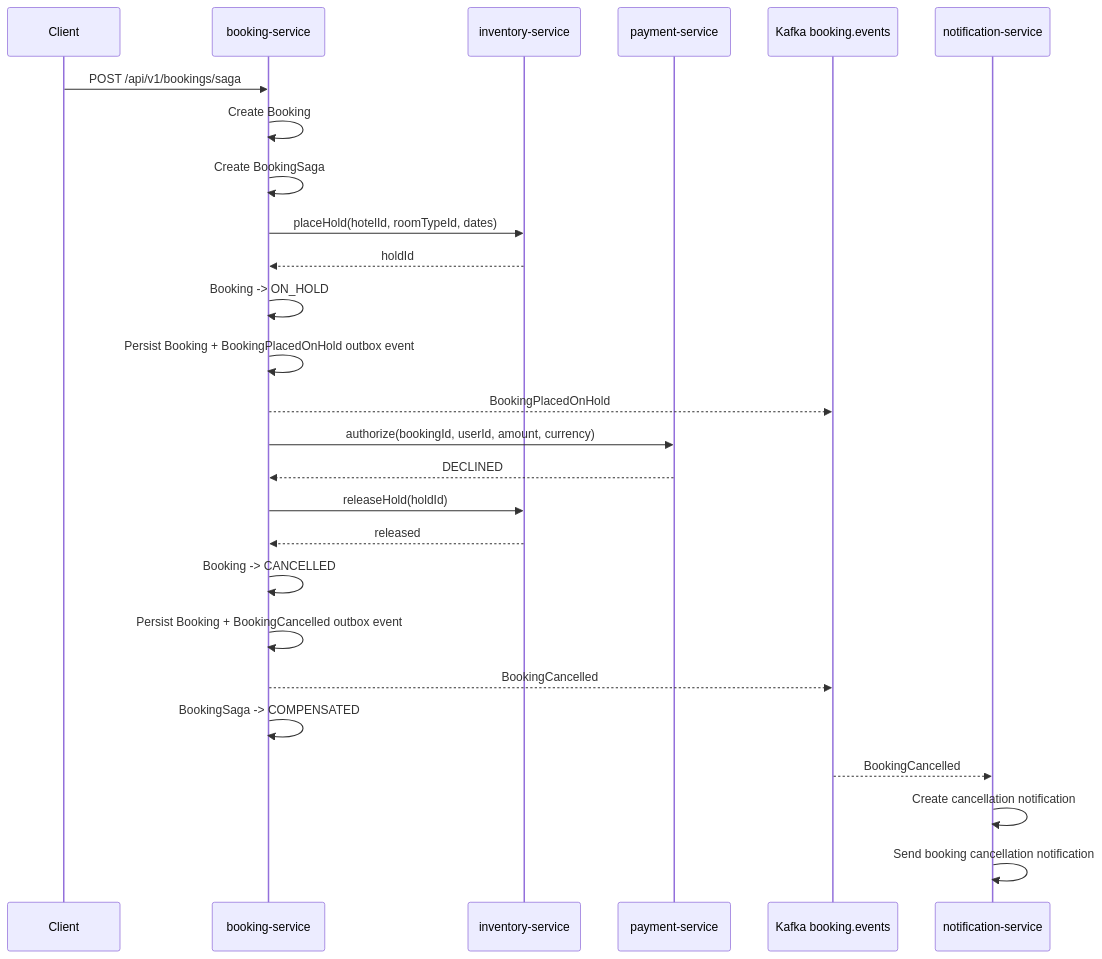
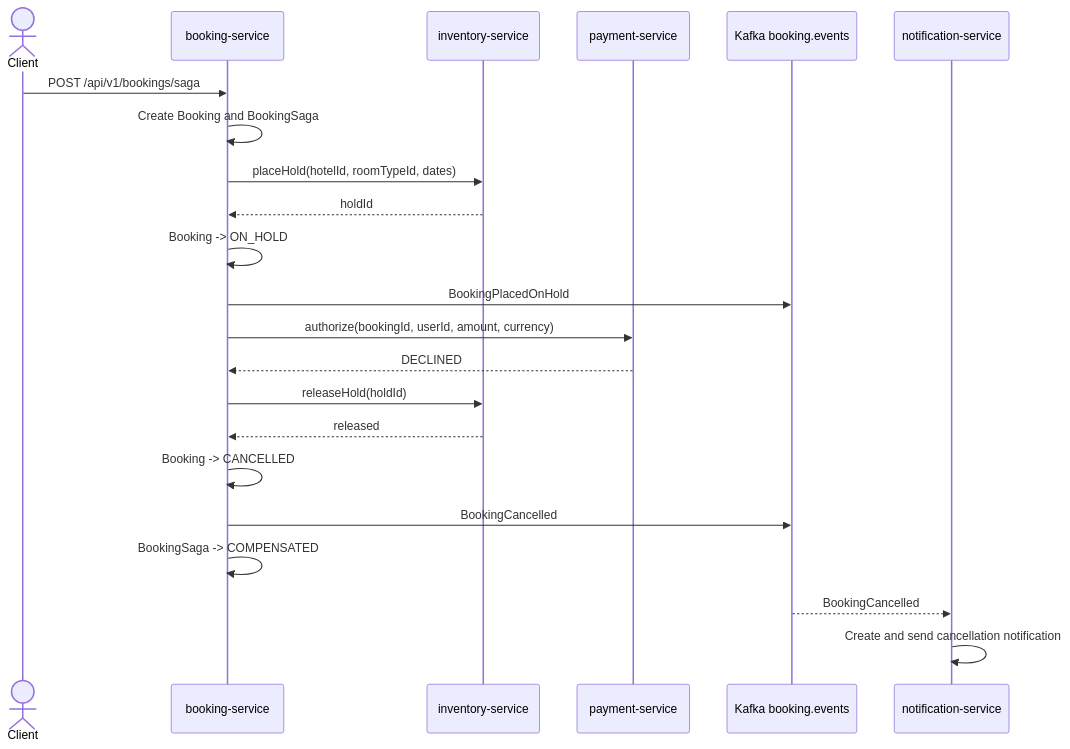
The fourth of 6 diagrams in docs/booking-saga.md (VolkovIO/hotelbooking), drawn with Mermaid before and after one commit. The commit also changed other lines of this file and 4 other files, not shown here.

Commit message:
docs(booking): document Spring Statemachine saga prototype

````diff
--- a/docs/booking-saga.md
+++ b/docs/booking-saga.md
@@ -135,35 +176,30 @@
 ```mermaid
 sequenceDiagram
-    participant Client
+    actor Client
     participant Booking as booking-service
     participant Inventory as inventory-service
     participant Payment as payment-service
     participant Kafka as Kafka booking.events
     participant Notification as notification-service
 
     Client->>Booking: POST /api/v1/bookings/saga
-    Booking->>Booking: Create Booking
-    Booking->>Booking: Create BookingSaga
+    Booking->>Booking: Create Booking and BookingSaga
 
     Booking->>Inventory: placeHold(hotelId, roomTypeId, dates)
     Inventory-->>Booking: holdId
-
     Booking->>Booking: Booking -> ON_HOLD
-    Booking->>Booking: Persist Booking + BookingPlacedOnHold outbox event
-    Booking-->>Kafka: BookingPlacedOnHold
+    Booking->>Kafka: BookingPlacedOnHold
 
     Booking->>Payment: authorize(bookingId, userId, amount, currency)
     Payment-->>Booking: DECLINED
 
     Booking->>Inventory: releaseHold(holdId)
     Inventory-->>Booking: released
 
     Booking->>Booking: Booking -> CANCELLED
-    Booking->>Booking: Persist Booking + BookingCancelled outbox event
-    Booking-->>Kafka: BookingCancelled
+    Booking->>Kafka: BookingCancelled
 
     Booking->>Booking: BookingSaga -> COMPENSATED
     Kafka-->>Notification: BookingCancelled
-    Notification->>Notification: Create cancellation notification
-    Notification->>Notification: Send booking cancellation notification
+    Notification->>Notification: Create and send cancellation notification
 ```
````
